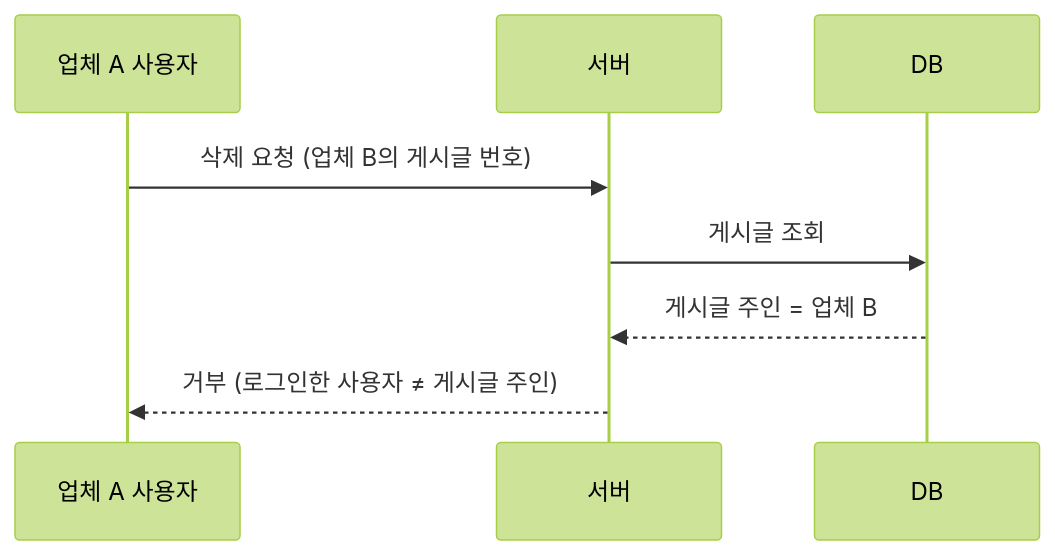
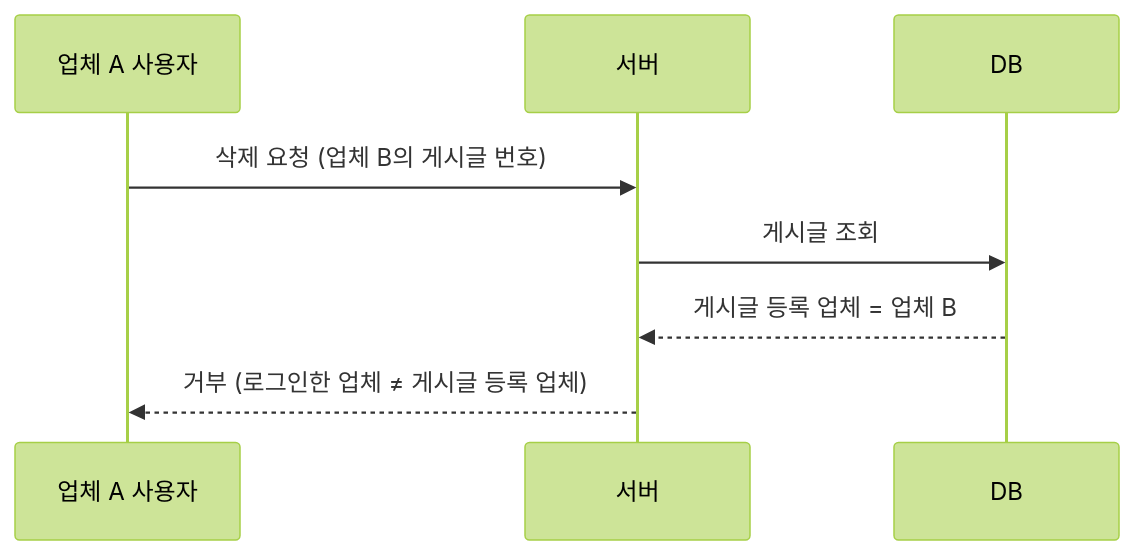
Before and after one commit to seo-yk/seo-yk.github.io: the diagram in _posts/2026-11-12-untrusted-client-input.md, drawn with Mermaid (forest theme). The commit also changed other lines of this file, not shown here.

````diff
--- a/_posts/2026-11-12-untrusted-client-input.md
+++ b/_posts/2026-11-12-untrusted-client-input.md
@@ -126,10 +128,10 @@
 ```mermaid
 sequenceDiagram
     participant U as 업체 A 사용자
     participant S as 서버
     participant DB
     U->>S: 삭제 요청 (업체 B의 게시글 번호)
     S->>DB: 게시글 조회
-    DB-->>S: 게시글 주인 = 업체 B
-    S-->>U: 거부 (로그인한 사용자 ≠ 게시글 주인)
+    DB-->>S: 게시글 등록 업체 = 업체 B
+    S-->>U: 거부 (로그인한 업체 ≠ 게시글 등록 업체)
 ```
````
